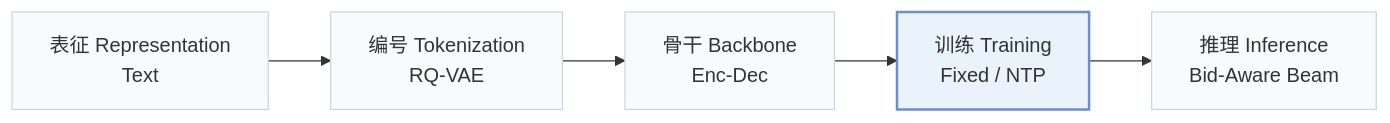
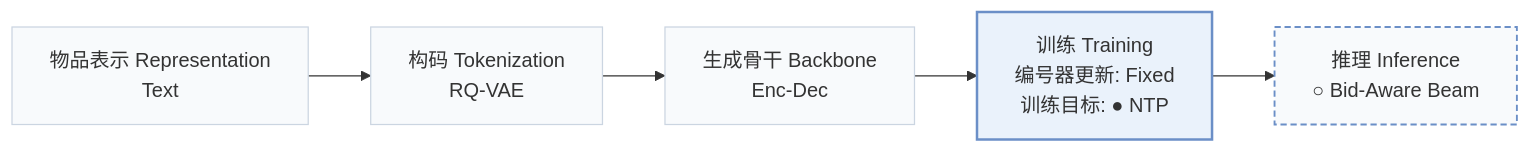
The first of 2 diagrams in pages/zh/papers/gem-rec.md (Galaxy-ghost/Awesome-SID-Generative-Rec), drawn with Mermaid before and after one commit. The commit also changed other lines of this file and 558 other files, not shown here.

````diff
--- a/pages/zh/papers/gem-rec.md
+++ b/pages/zh/papers/gem-rec.md
@@ -15,8 +18,10 @@
 ```mermaid
 flowchart LR
-    R["表征 Representation<br/>Text"] --> T["编号 Tokenization<br/>RQ-VAE"] --> B["骨干 Backbone<br/>Enc-Dec"] --> TR["训练 Training<br/>Fixed / NTP"] --> I["推理 Inference<br/>Bid-Aware Beam"]
+    R["物品表示 Representation<br/>Text"] --> T["构码 Tokenization<br/>RQ-VAE"] --> B["生成骨干 Backbone<br/>Enc-Dec"] --> TR["训练 Training<br/>编号器更新: Fixed<br/>训练目标: ● NTP"] --> I["推理 Inference<br/>○ Bid-Aware Beam"]
     classDef base fill:#f8fafc,stroke:#cbd5e1
     class R,T,B,TR,I base
+    classDef other fill:#f8fafc,stroke:#6b8fc7,stroke-width:1.5px,stroke-dasharray:5 3
+    class I other
     classDef main fill:#eaf2fb,stroke:#6b8fc7,stroke-width:2px
     class TR main
 ```
````
